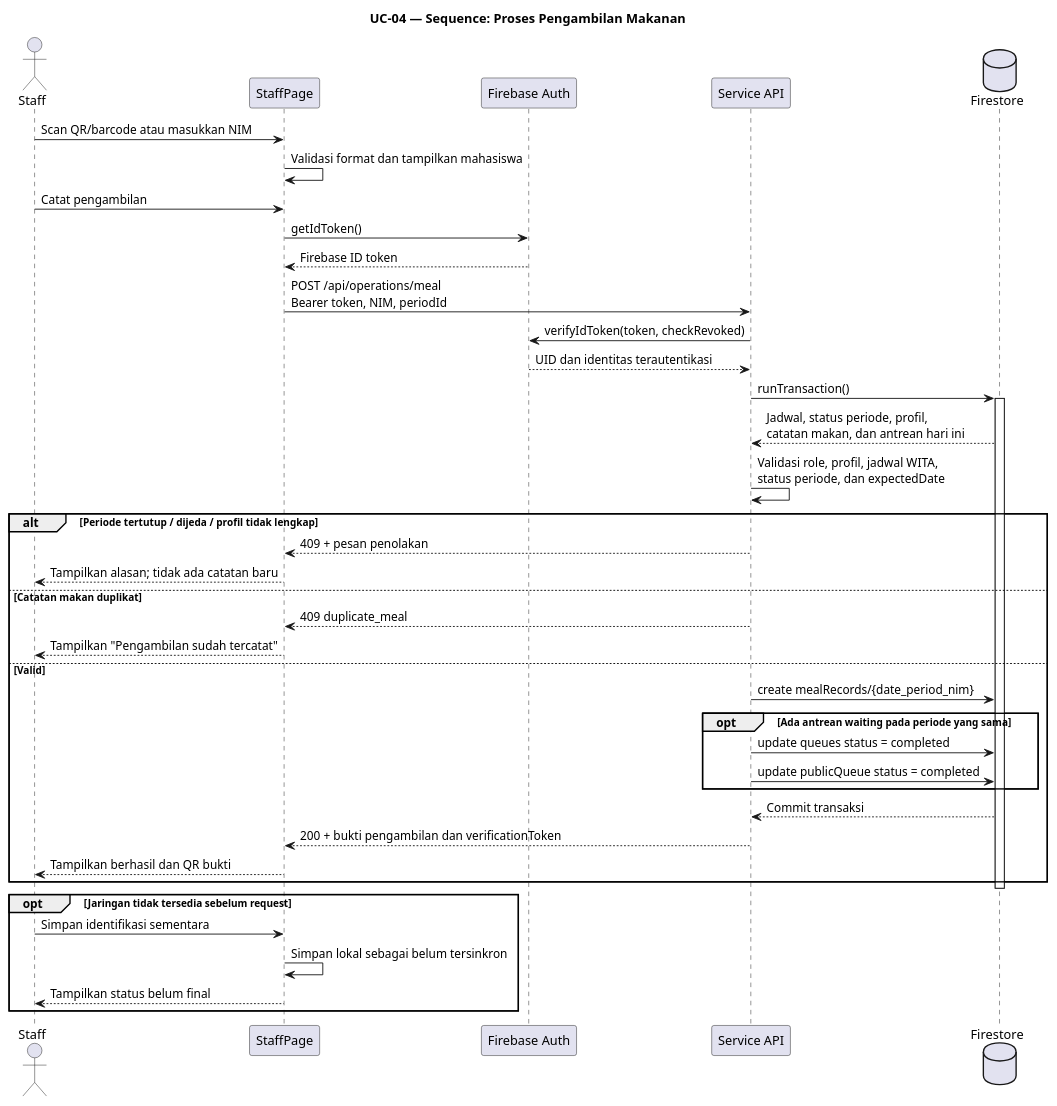
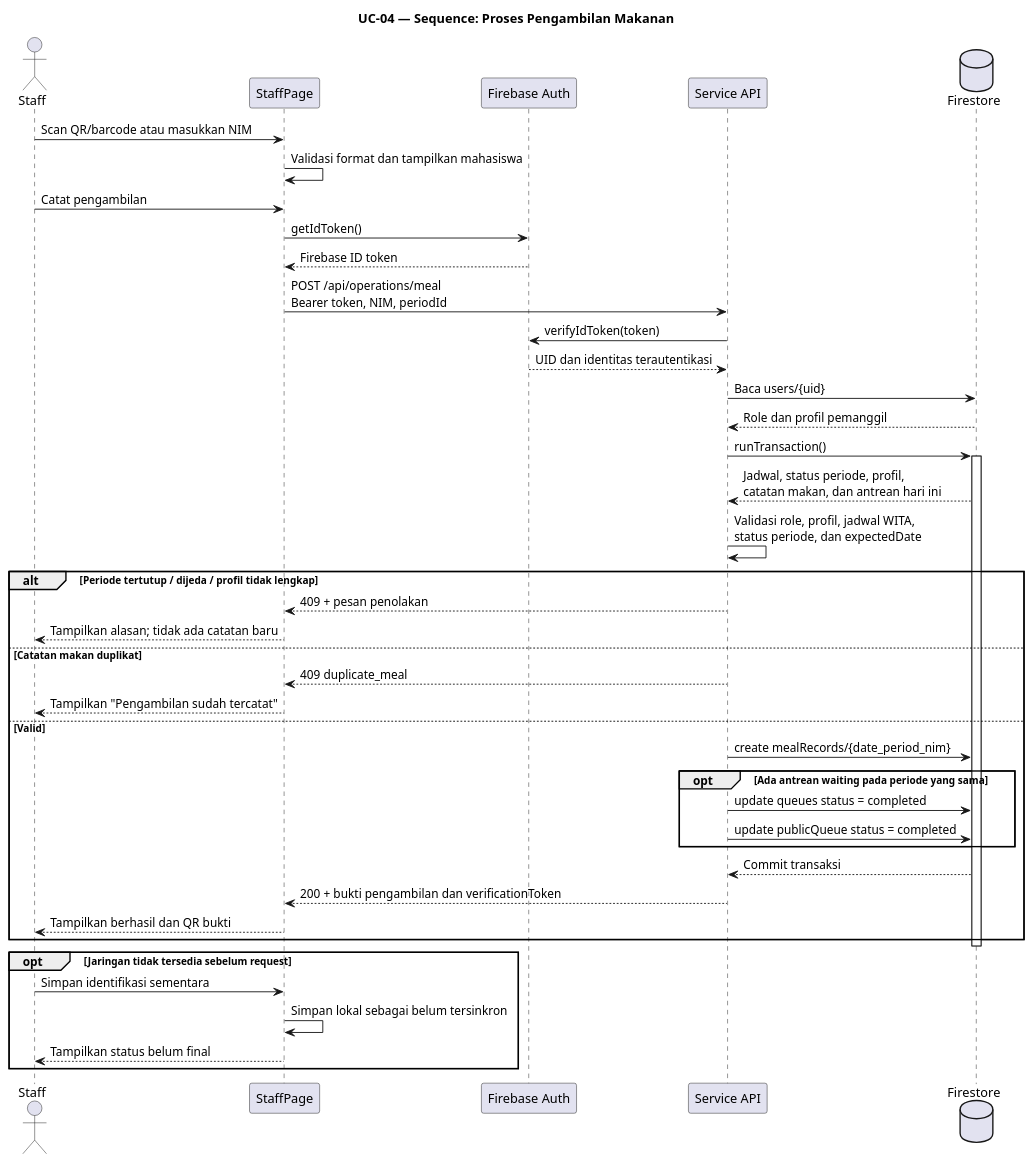
One commit to deedisini/santap-react changed the diagram in docs/models/SANTAP_V1_2_MEAL_SEQUENCE.puml. Above: the diagram before and after it, drawn with PlantUML. The commit also changed 87 other files, not shown here.

```diff
--- a/docs/models/SANTAP_V1_2_MEAL_SEQUENCE.puml
+++ b/docs/models/SANTAP_V1_2_MEAL_SEQUENCE.puml
@@ -1,46 +1,48 @@
 @startuml
 title UC-04 — Sequence: Proses Pengambilan Makanan
 
 actor Staff
 participant "StaffPage" as UI
 participant "Firebase Auth" as Auth
 participant "Service API" as API
 database "Firestore" as DB
 
 Staff -> UI : Scan QR/barcode atau masukkan NIM
 UI -> UI : Validasi format dan tampilkan mahasiswa
 Staff -> UI : Catat pengambilan
 UI -> Auth : getIdToken()
 Auth --> UI : Firebase ID token
 UI -> API : POST /api/operations/meal\nBearer token, NIM, periodId
-API -> Auth : verifyIdToken(token, checkRevoked)
+API -> Auth : verifyIdToken(token)
 Auth --> API : UID dan identitas terautentikasi
+API -> DB : Baca users/{uid}
+DB --> API : Role dan profil pemanggil
 API -> DB : runTransaction()
 activate DB
 DB --> API : Jadwal, status periode, profil,\ncatatan makan, dan antrean hari ini
 API -> API : Validasi role, profil, jadwal WITA,\nstatus periode, dan expectedDate
 
 alt Periode tertutup / dijeda / profil tidak lengkap
   API --> UI : 409 + pesan penolakan
   UI --> Staff : Tampilkan alasan; tidak ada catatan baru
 else Catatan makan duplikat
   API --> UI : 409 duplicate_meal
   UI --> Staff : Tampilkan "Pengambilan sudah tercatat"
 else Valid
   API -> DB : create mealRecords/{date_period_nim}
   opt Ada antrean waiting pada periode yang sama
     API -> DB : update queues status = completed
     API -> DB : update publicQueue status = completed
   end
   DB --> API : Commit transaksi
   API --> UI : 200 + bukti pengambilan dan verificationToken
   UI --> Staff : Tampilkan berhasil dan QR bukti
 end
 deactivate DB
 
 opt Jaringan tidak tersedia sebelum request
   Staff -> UI : Simpan identifikasi sementara
   UI -> UI : Simpan lokal sebagai belum tersinkron
   UI --> Staff : Tampilkan status belum final
 end
 @enduml
```
